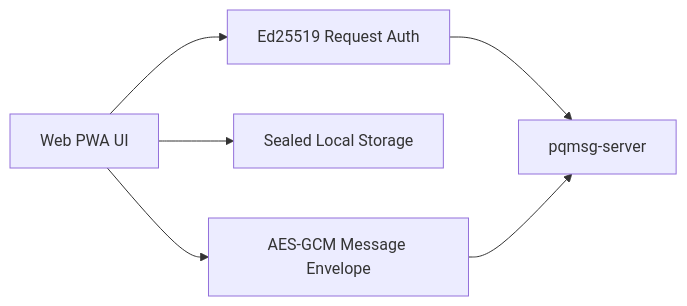
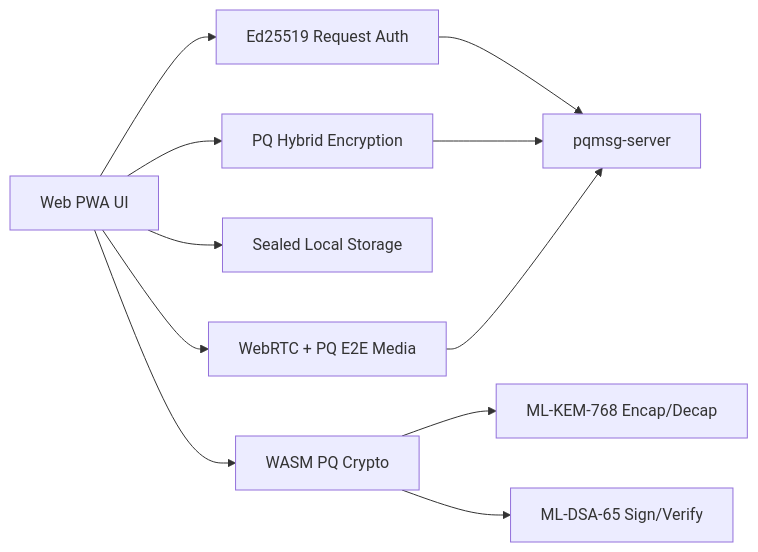
One commit to ErenAri/post-quantum-messaging-app changed the diagram in docs/WEB.md. Above: the diagram before and after it, drawn with Mermaid. The commit also changed other lines of this file and 73 other files, not shown here.

````diff
--- a/docs/WEB.md
+++ b/docs/WEB.md
@@ -18,8 +18,13 @@
 ```mermaid
 flowchart LR
     UI[Web PWA UI] --> AUTH[Ed25519 Request Auth]
+    UI --> WASM[WASM PQ Crypto]
     UI --> STORE[Sealed Local Storage]
-    UI --> ENC[AES-GCM Message Envelope]
+    UI --> ENC[PQ Hybrid Encryption]
+    UI --> CALL[WebRTC + PQ E2E Media]
+    WASM --> KEM[ML-KEM-768 Encap/Decap]
+    WASM --> SIG[ML-DSA-65 Sign/Verify]
     AUTH --> SRV[pqmsg-server]
     ENC --> SRV
+    CALL --> SRV
 ```
````
